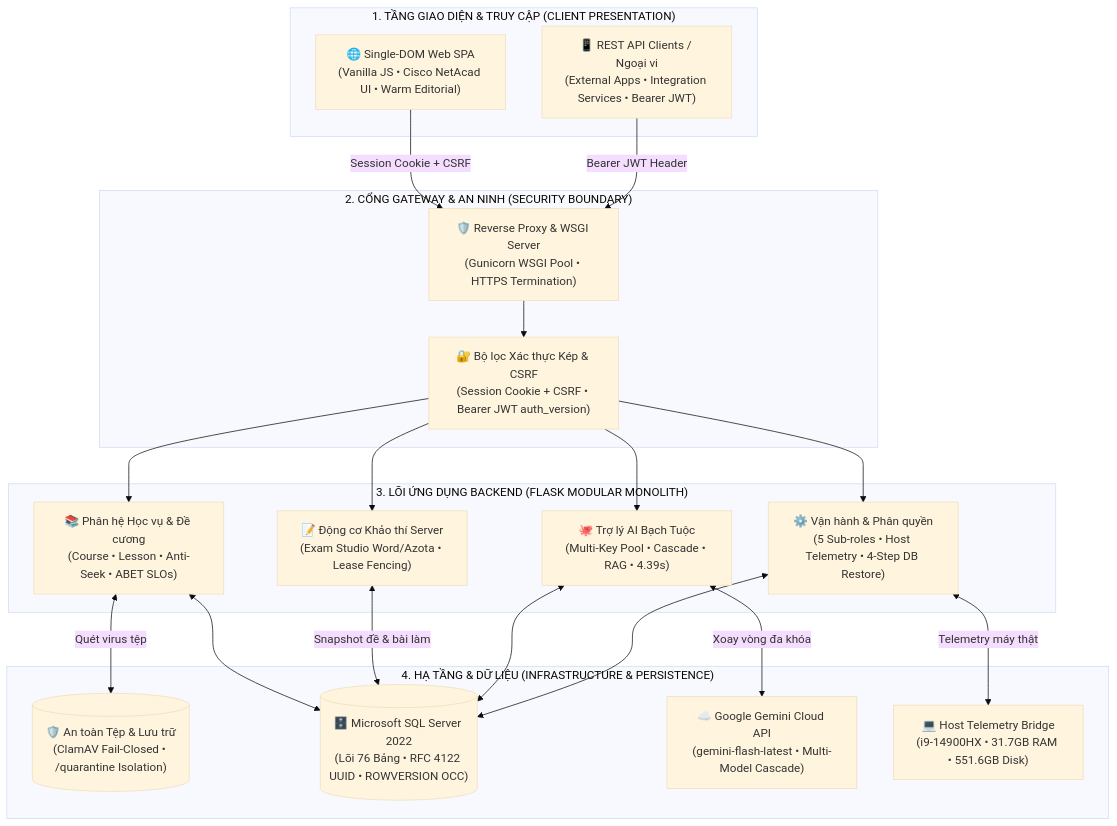
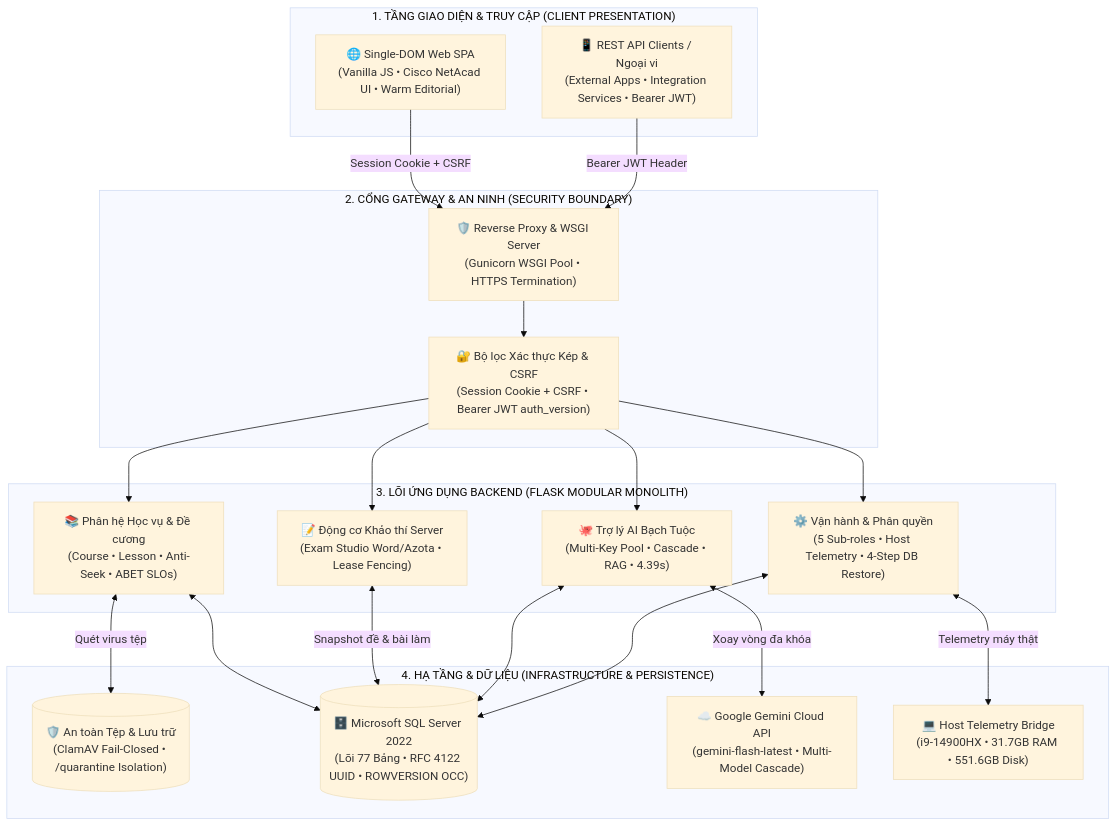
Before and after one commit to concatapchay123/PWD301: the first of 4 diagrams in README.md, drawn with Mermaid (base theme). The commit also changed other lines of this file and 145 other files, not shown here.

````diff
--- a/README.md
+++ b/README.md
@@ -47,47 +47,47 @@
 ```mermaid
 flowchart TD
     %% TẦNG 1: GIAO DIỆN CLIENT
     subgraph TierClient ["  1. TẦNG GIAO DIỆN & TRUY CẬP (CLIENT PRESENTATION)  "]
         SPA["🌐 Single-DOM Web SPA\n(Vanilla JS • Cisco NetAcad UI • Warm Editorial)"]
         API_CLIENT["📱 REST API Clients / Ngoại vi\n(External Apps • Integration Services • Bearer JWT)"]
     end
 
     %% TẦNG 2: CỔNG & AN NINH
     subgraph TierGateway ["  2. CỔNG GATEWAY & AN NINH (SECURITY BOUNDARY)  "]
         PROXY["🛡️ Reverse Proxy & WSGI Server\n(Gunicorn WSGI Pool • HTTPS Termination)"]
         AUTH_GATE["🔐 Bộ lọc Xác thực Kép & CSRF\n(Session Cookie + CSRF • Bearer JWT auth_version)"]
     end
 
     %% TẦNG 3: LÕI BACKEND MODULAR MONOLITH
     subgraph TierBackend ["  3. LÕI ỨNG DỤNG BACKEND (FLASK MODULAR MONOLITH)  "]
         SVC_LMS["📚 Phân hệ Học vụ & Đề cương\n(Course • Lesson • Anti-Seek • ABET SLOs)"]
         SVC_EXAM["📝 Động cơ Khảo thí Server\n(Exam Studio Word/Azota • Lease Fencing)"]
         SVC_AI["🐙 Trợ lý AI Bạch Tuộc\n(Multi-Key Pool • Cascade • RAG • 4.39s)"]
         SVC_OPS["⚙️ Vận hành & Phân quyền\n(5 Sub-roles • Host Telemetry • 4-Step DB Restore)"]
     end
 
     %% TẦNG 4: HẠ TẦNG & DỮ LIỆU CHUẨN
     subgraph TierInfra ["  4. HẠ TẦNG & DỮ LIỆU (INFRASTRUCTURE & PERSISTENCE)  "]
         STORE_FILE[("🛡️ An toàn Tệp & Lưu trữ\n(ClamAV Fail-Closed • /quarantine Isolation)")]
-        STORE_DB[("🗄️ Microsoft SQL Server 2022\n(Lõi 76 Bảng • RFC 4122 UUID • ROWVERSION OCC)")]
+        STORE_DB[("🗄️ Microsoft SQL Server 2022\n(Lõi 77 Bảng • RFC 4122 UUID • ROWVERSION OCC)")]
         STORE_AI["☁️ Google Gemini Cloud API\n(gemini-flash-latest • Multi-Model Cascade)"]
         STORE_HOST["💻 Host Telemetry Bridge\n(i9-14900HX • 31.7GB RAM • 551.6GB Disk)"]
     end
 
     SPA -->|Session Cookie + CSRF| PROXY
     API_CLIENT -->|Bearer JWT Header| PROXY
     PROXY --> AUTH_GATE
 
     AUTH_GATE --> SVC_LMS
     AUTH_GATE --> SVC_EXAM
     AUTH_GATE --> SVC_AI
     AUTH_GATE --> SVC_OPS
 
     SVC_LMS <-->|Quét virus tệp| STORE_FILE
     SVC_LMS <--> STORE_DB
     SVC_EXAM <-->|Snapshot đề & bài làm| STORE_DB
     SVC_AI <--> STORE_DB
     SVC_AI <-->|Xoay vòng đa khóa| STORE_AI
     SVC_OPS <--> STORE_DB
     SVC_OPS <-->|Telemetry máy thật| STORE_HOST
 ```
````
